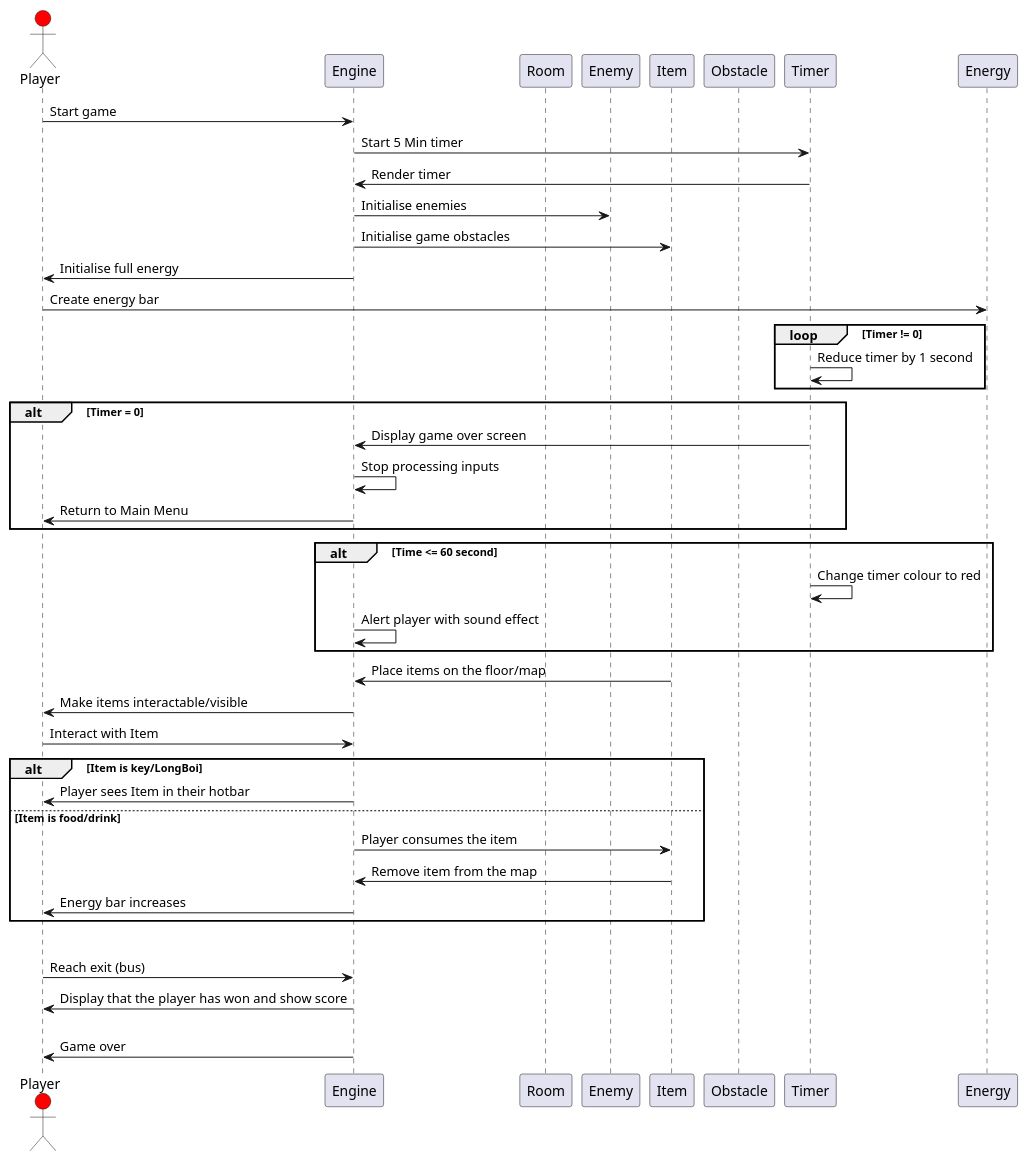
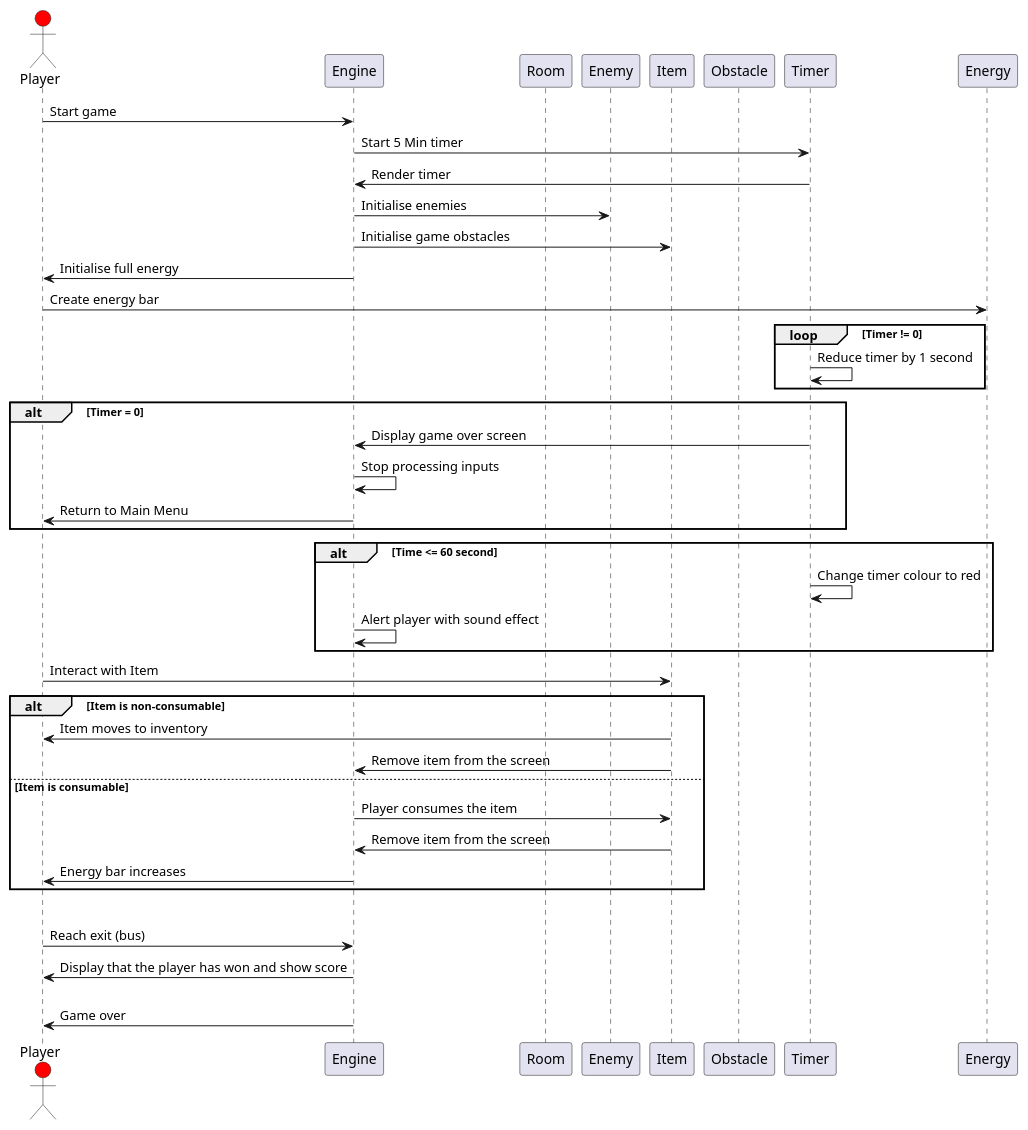
The diagram in Architecture/structuralMain.puml (WHALES-ENG1/WHALES-Assets), drawn with PlantUML before and after one commit.

Commit message:
Tidied item logic.

```diff
--- a/Architecture/structuralMain.puml
+++ b/Architecture/structuralMain.puml
@@ -1,74 +1,71 @@
 @startuml structuralDiagram
 
 'separate diagram for main menu? i.e. settings leaderboard'
 
 'participants: player, room, engine, goose'
 'sequence diagram - mainly decisions'
 
 actor Player #Red
 participant Engine
 participant Room
 participant Enemy
 participant Item
 participant Obstacle
 participant Timer
 participant Energy
 
 
 'start of the game'
 
 Player -> Engine: Start game
 Engine -> Timer: Start 5 Min timer
 Timer -> Engine: Render timer
 
 
 'creation of the maze
 
 Engine -> Enemy: Initialise enemies
 Engine -> Item: Initialise game obstacles
 Engine -> Player: Initialise full energy
 Player -> Energy: Create energy bar
 
 'timer:'
 
 loop Timer != 0
     Timer -> Timer: Reduce timer by 1 second
 end
 
 alt Timer = 0
     Timer -> Engine: Display game over screen
     Engine -> Engine: Stop processing inputs
     Engine -> Player: Return to Main Menu
 end
 
 alt Time <= 60 second
     Timer -> Timer: Change timer colour to red
     Engine -> Engine: Alert player with sound effect
 end
 
 'items:'
 
-Item -> Engine: Place items on the floor/map
-Engine -> Player: Make items interactable/visible
-Player -> Engine: Interact with Item
-
-alt Item is key/LongBoi
-    Engine -> Player: Player sees Item in their hotbar
-else Item is food/drink
+Player -> Item: Interact with Item
+alt Item is non-consumable
+    Item -> Player: Item moves to inventory
+    Item -> Engine: Remove item from the screen
+else Item is consumable
     Engine -> Item: Player consumes the item
-    Item -> Engine: Remove item from the map
+    Item -> Engine: Remove item from the screen
     Engine -> Player: Energy bar increases
 end
-
 
 'player wins the game (longboi is returned and make the bus):'
 
 alt Player has LongBoi and Time != 0
     Player -> Engine: Reach exit (bus)
     Engine -> Player: Display that the player has won and show score
 
 else Player doesn't have LongBoi or time = 0
     Engine -> Player: Game over
 
 
 @enduml
```
